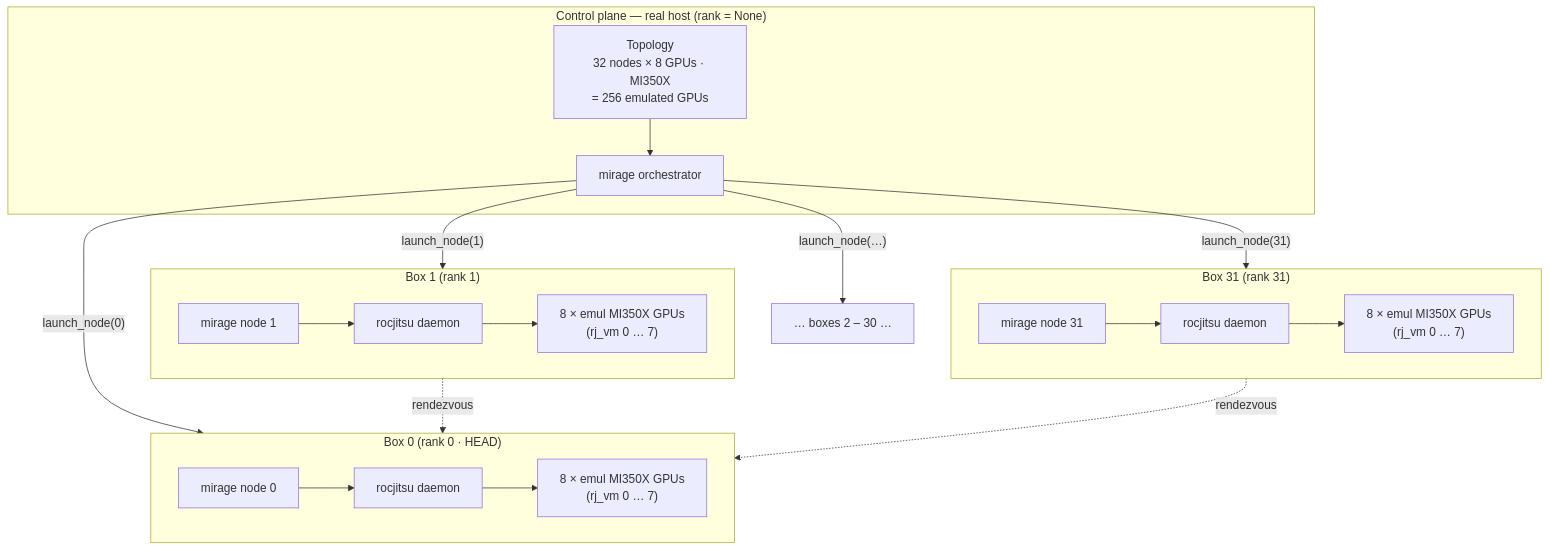
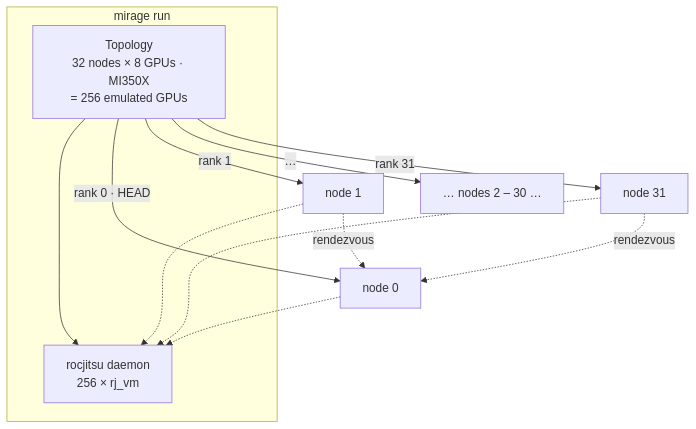
The tenth of 14 diagrams in emulation/mirage/docs/demo-debugging-at-scale.md (ROCm/rocm-systems), drawn with Mermaid before and after one commit. The commit also changed other lines of this file and 107 other files, not shown here.

````diff
--- a/emulation/mirage/docs/demo-debugging-at-scale.md
+++ b/emulation/mirage/docs/demo-debugging-at-scale.md
@@ -343,29 +348,19 @@
 ```mermaid
 flowchart TB
-    subgraph plane["Control plane — real host (rank = None)"]
+    subgraph proc["mirage run"]
       TOPO["Topology<br/>32 nodes × 8 GPUs · MI350X<br/>= 256 emulated GPUs"]
-      ORCH["mirage orchestrator"]
-      TOPO --> ORCH
+      DAEM["rocjitsu daemon<br/>256 × rj_vm"]
+      TOPO --> DAEM
     end
 
-    ORCH -->|"launch_node(0)"| B0
-    ORCH -->|"launch_node(1)"| B1
-    ORCH -->|"launch_node(…)"| BE["… boxes 2 – 30 …"]
-    ORCH -->|"launch_node(31)"| B31
+    TOPO -->|"rank 0 · HEAD"| B0["node 0"]
+    TOPO -->|"rank 1"| B1["node 1"]
+    TOPO -->|"…"| BE["… nodes 2 – 30 …"]
+    TOPO -->|"rank 31"| B31["node 31"]
 
-    subgraph B0["Box 0 (rank 0 · HEAD)"]
-      H0["mirage node 0"] --> D0["rocjitsu daemon"]
-      D0 --> GG0["8 × emul MI350X GPUs<br/>(rj_vm 0 … 7)"]
-    end
-    subgraph B1["Box 1 (rank 1)"]
-      H1["mirage node 1"] --> D1["rocjitsu daemon"]
-      D1 --> GG1["8 × emul MI350X GPUs<br/>(rj_vm 0 … 7)"]
-    end
-    subgraph B31["Box 31 (rank 31)"]
-      H31["mirage node 31"] --> D31["rocjitsu daemon"]
-      D31 --> GG31["8 × emul MI350X GPUs<br/>(rj_vm 0 … 7)"]
-    end
-
+    B0 -.-> DAEM
+    B1 -.-> DAEM
+    B31 -.-> DAEM
     B1 -. rendezvous .-> B0
     B31 -. rendezvous .-> B0
 ```
````
